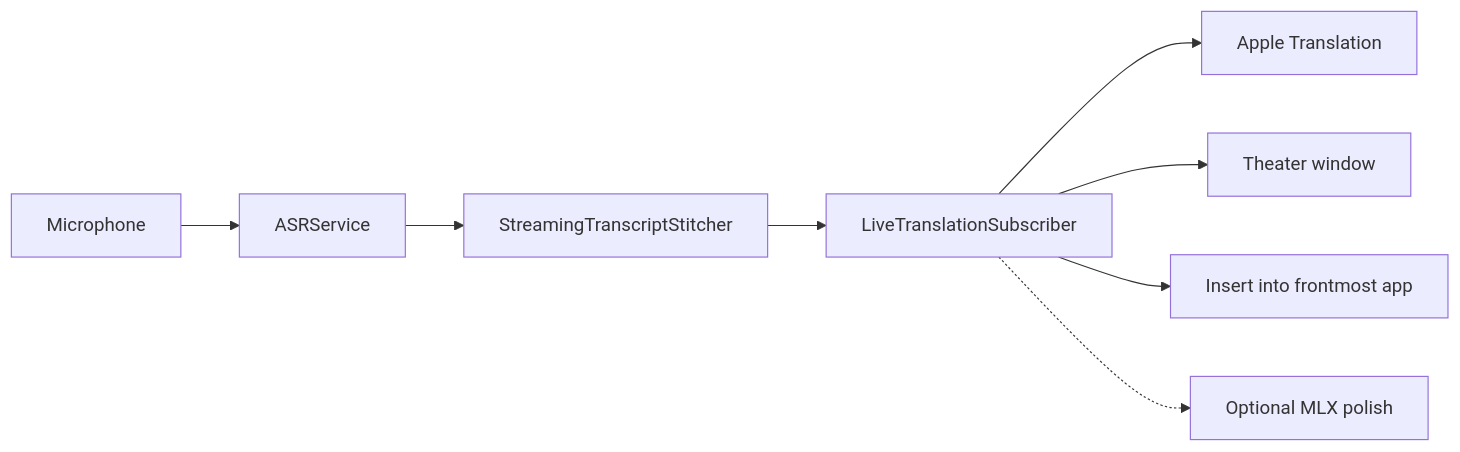
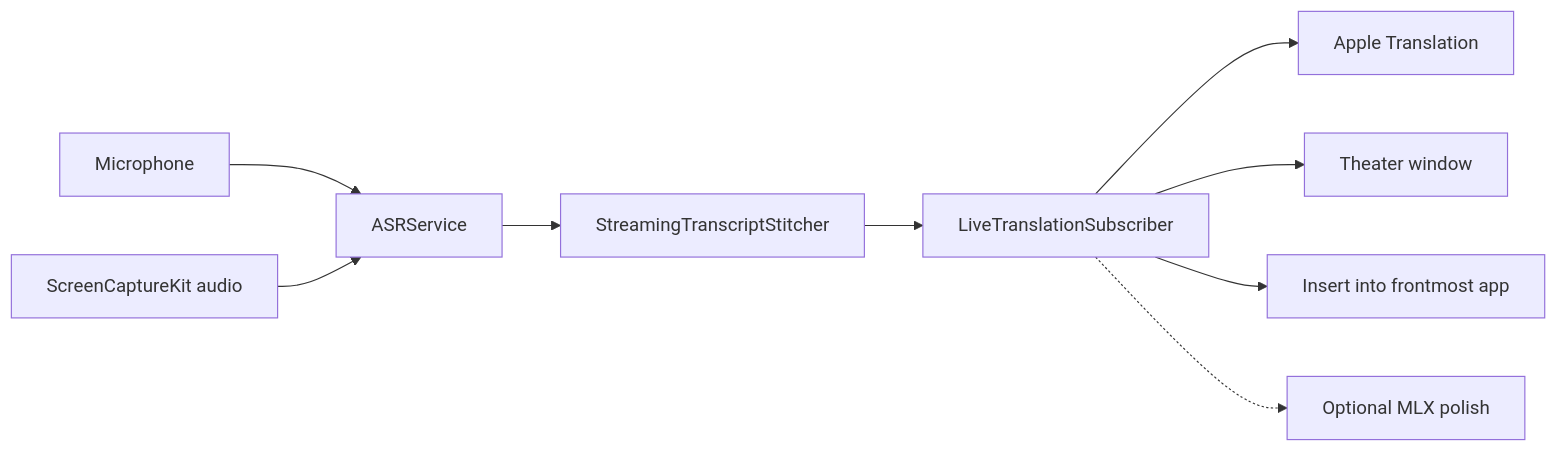
Before and after one commit to chrisswimlee/fluidSubtitles: the diagram in docs/ARCHITECTURE.md, drawn with Mermaid. The commit also changed other lines of this file and 92 other files, not shown here.

````diff
--- a/docs/ARCHITECTURE.md
+++ b/docs/ARCHITECTURE.md
@@ -5,10 +5,11 @@
 ```mermaid
 flowchart LR
   mic[Microphone] --> asr[ASRService]
+  watch[ScreenCaptureKit audio] --> asr
   asr --> stitcher[StreamingTranscriptStitcher]
   stitcher --> subscriber[LiveTranslationSubscriber]
   subscriber --> apple[Apple Translation]
   subscriber --> theater[Theater window]
   subscriber --> insert[Insert into frontmost app]
   subscriber -.-> mlx[Optional MLX polish]
 ```
````
